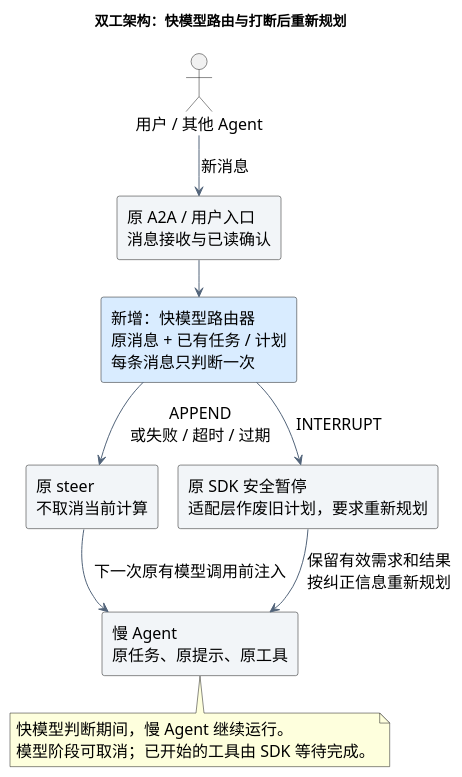
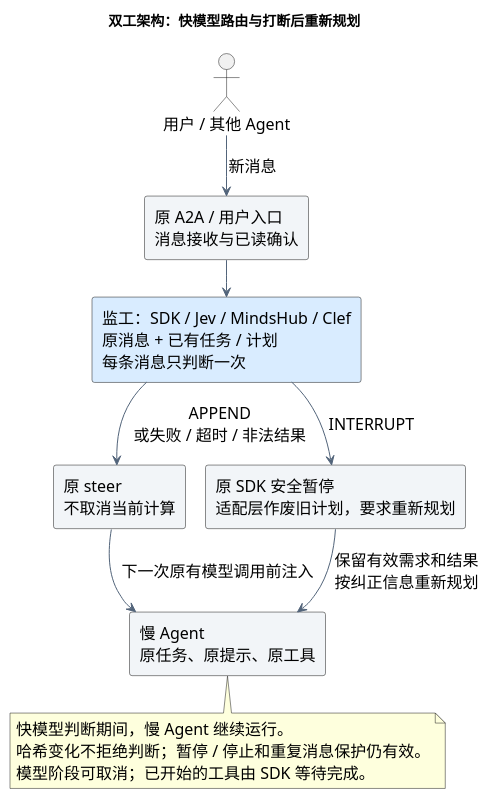
One commit to openJiuwen-ai/jiuwenswarm changed the diagram in docs/diagrams/duplex-architecture.puml. Above: the diagram before and after it, drawn with PlantUML. The commit also changed 39 other files, not shown here.

```diff
--- a/docs/diagrams/duplex-architecture.puml
+++ b/docs/diagrams/duplex-architecture.puml
@@ -1,28 +1,29 @@
 @startuml duplex-architecture
 !pragma layout smetana
 top to bottom direction
 skinparam defaultFontName Microsoft YaHei
 skinparam defaultFontSize 16
 skinparam shadowing false
 skinparam backgroundColor white
 skinparam componentStyle rectangle
 skinparam ArrowColor #52647A
 skinparam componentBackgroundColor #F2F5F8
 title 双工架构：快模型路由与打断后重新规划
 actor "用户 / 其他 Agent" as sender
 component "原 A2A / 用户入口\n消息接收与已读确认" as inlet
-component "新增：快模型路由器\n原消息 + 已有任务 / 计划\n每条消息只判断一次" as router #D9ECFF
+component "监工：SDK / Jev / MindsHub / Clef\n原消息 + 已有任务 / 计划\n每条消息只判断一次" as router #D9ECFF
 component "原 steer\n不取消当前计算" as steer
 component "原 SDK 安全暂停\n适配层作废旧计划，要求重新规划" as pause
 component "慢 Agent\n原任务、原提示、原工具" as slow
 sender --> inlet : 新消息
 inlet --> router
-router --> steer : APPEND\n或失败 / 超时 / 过期
+router --> steer : APPEND\n或失败 / 超时 / 非法结果
 router --> pause : INTERRUPT
 steer --> slow : 下一次原有模型调用前注入
 pause --> slow : 保留有效需求和结果\n按纠正信息重新规划
 note bottom of slow
   快模型判断期间，慢 Agent 继续运行。
+  哈希变化不拒绝判断；暂停 / 停止和重复消息保护仍有效。
   模型阶段可取消；已开始的工具由 SDK 等待完成。
 end note
 @enduml
```
